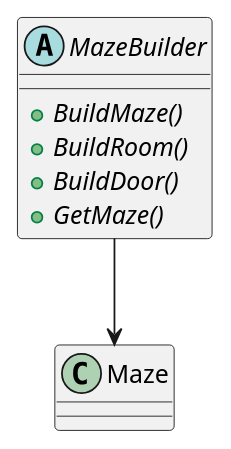
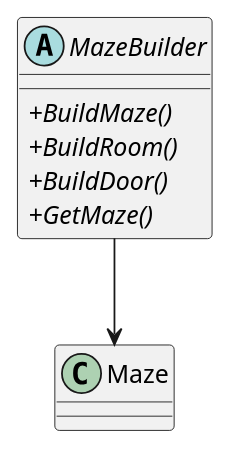
Before and after one commit to profdenis/analyse_4P1: the diagram in Writerside/topics/DesignPatterns2_creation.md, drawn with PlantUML. The commit also changed other lines of this file and 7 other files, not shown here.

`````diff
--- a/Writerside/topics/DesignPatterns2_creation.md
+++ b/Writerside/topics/DesignPatterns2_creation.md
@@ -31,14 +29,16 @@
 ````plantuml
 @startuml
+skinparam classAttributeIconSize 0
+
 abstract MazeBuilder {
   +{abstract} BuildMaze()
   +{abstract} BuildRoom()
   +{abstract} BuildDoor()
   +{abstract} GetMaze()
 }
 
 class Maze {
 }
 MazeBuilder --> Maze
 @enduml
 ````
`````
